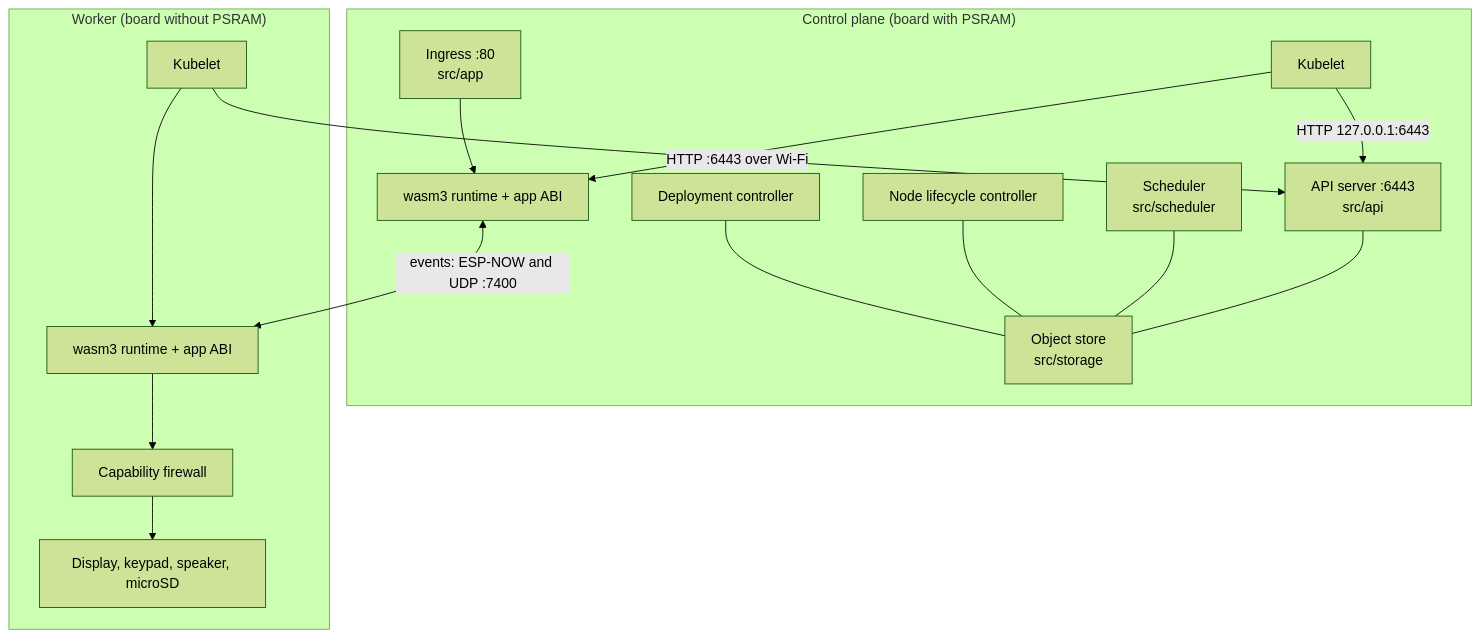
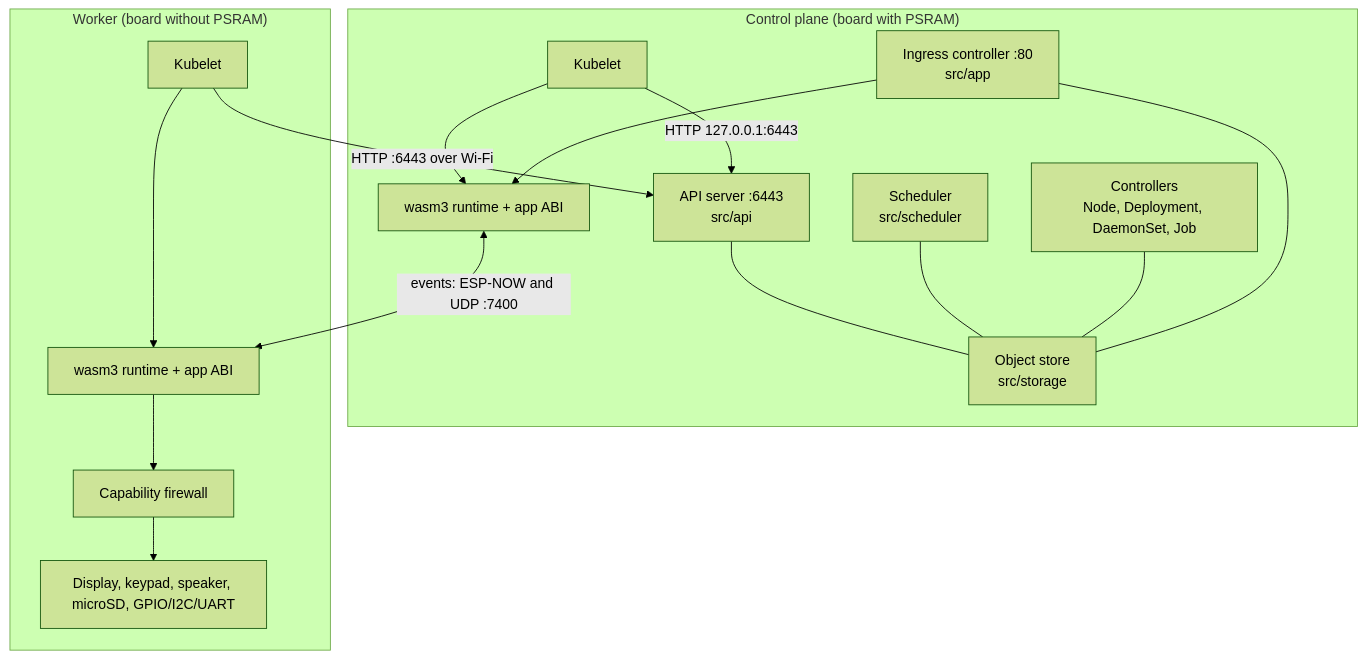
The diagram in docs/architecture/index.md (arterialist/kube32), drawn with Mermaid (forest theme) before and after one commit. The commit also changed other lines of this file and 26 other files, not shown here.

````diff
--- a/docs/architecture/index.md
+++ b/docs/architecture/index.md
@@ -13,30 +10,29 @@
 ```mermaid
 flowchart TB
     subgraph CP["Control plane (board with PSRAM)"]
         API["API server :6443<br/>src/api"]
         STORE["Object store<br/>src/storage"]
         SCHED["Scheduler<br/>src/scheduler"]
-        NLC["Node lifecycle controller"]
-        DEP["Deployment controller"]
+        CTRL["Controllers<br/>Node, Deployment, DaemonSet, Job"]
         KL1["Kubelet"]
         RT1["wasm3 runtime + app ABI"]
-        ING["Ingress :80<br/>src/app"]
+        ING["Ingress controller :80<br/>src/app"]
         API --- STORE
         SCHED --- STORE
-        NLC --- STORE
-        DEP --- STORE
+        CTRL --- STORE
         KL1 -->|HTTP 127.0.0.1:6443| API
         KL1 --> RT1
+        ING --- STORE
         ING --> RT1
     end
     subgraph WK["Worker (board without PSRAM)"]
         KL2["Kubelet"]
         RT2["wasm3 runtime + app ABI"]
         FW["Capability firewall"]
-        HW["Display, keypad, speaker, microSD"]
+        HW["Display, keypad, speaker, microSD, GPIO/I2C/UART"]
         KL2 --> RT2
         RT2 --> FW --> HW
     end
     KL2 -->|HTTP :6443 over Wi-Fi| API
     RT1 <-->|"events: ESP-NOW and UDP :7400"| RT2
 ```
````
